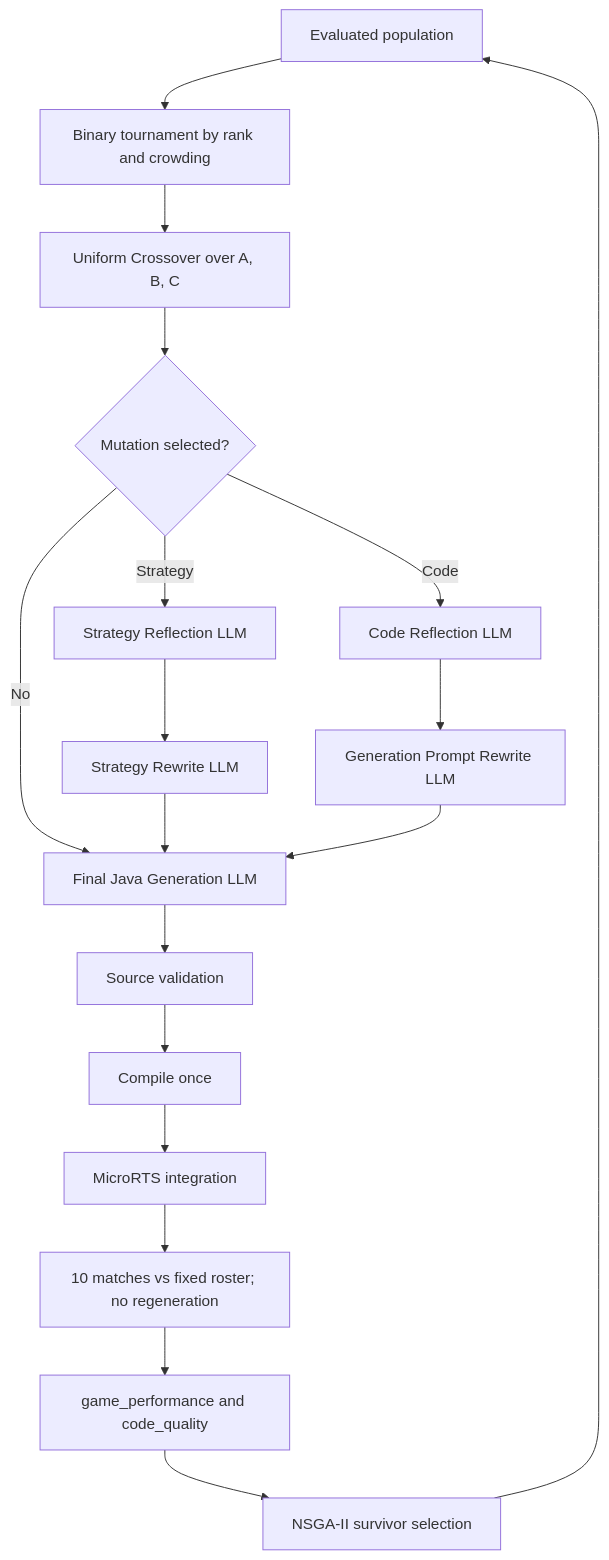
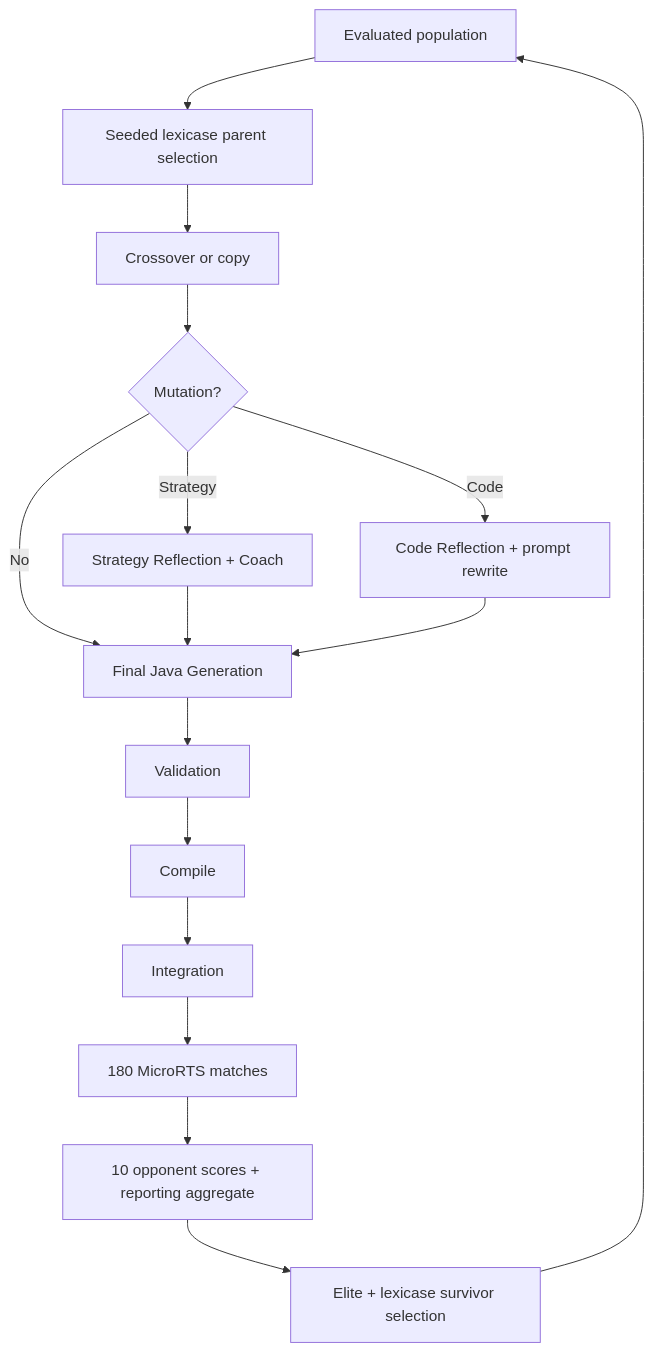
One commit to sophie8909/EAGLE changed the diagram in docs/architecture/overview.md. Above: the diagram before and after it, drawn with Mermaid. The commit also changed other lines of this file and 84 other files, not shown here.

Commit message:
refactor(selection): use opponent-wise lexicase selection

````diff
--- a/docs/architecture/overview.md
+++ b/docs/architecture/overview.md
@@ -30,13 +21,15 @@
 ```mermaid
 flowchart TD
-    P["Evaluated population"] --> S["Binary tournament by rank and crowding"]
-    S --> X["Uniform Crossover over A, B, C"]
-    X --> M{"Mutation selected?"}
-    M -->|No| G["Final Java Generation LLM"]
-    M -->|Strategy| SR["Strategy Reflection LLM"] --> SW["Strategy Rewrite LLM"] --> G
-    M -->|Code| CR["Code Reflection LLM"] --> CW["Generation Prompt Rewrite LLM"] --> G
-    G --> V["Source validation"] --> C["Compile once"] --> I["MicroRTS integration"]
-    I --> E["10 matches vs fixed roster; no regeneration"]
-    E --> O["game_performance and code_quality"]
-    O --> N["NSGA-II survivor selection"] --> P
+    P["Evaluated population"] --> S["Seeded lexicase parent selection"]
+    S --> X["Crossover or copy"]
+    X --> M{"Mutation?"}
+    M -->|Strategy| SR["Strategy Reflection + Coach"]
+    M -->|Code| CR["Code Reflection + prompt rewrite"]
+    M -->|No| G["Final Java Generation"]
+    SR --> G
+    CR --> G
+    G --> V["Validation"] --> C["Compile"] --> I["Integration"]
+    I --> E["180 MicroRTS matches"]
+    E --> O["10 opponent scores + reporting aggregate"]
+    O --> N["Elite + lexicase survivor selection"] --> P
 ```
````
